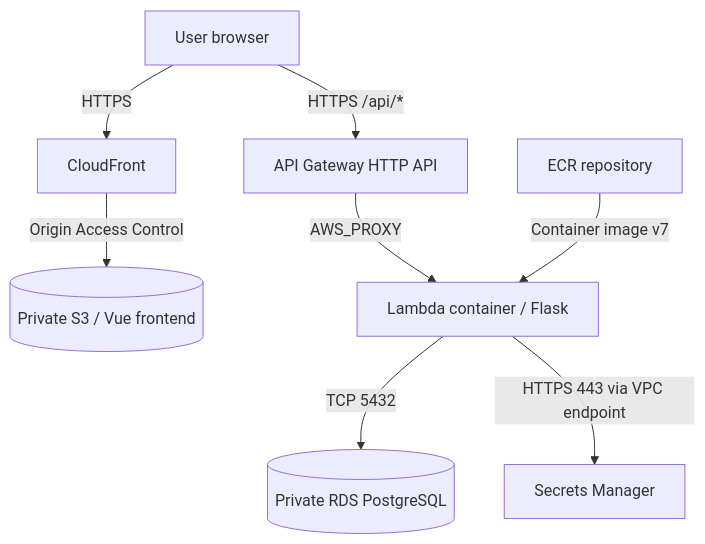
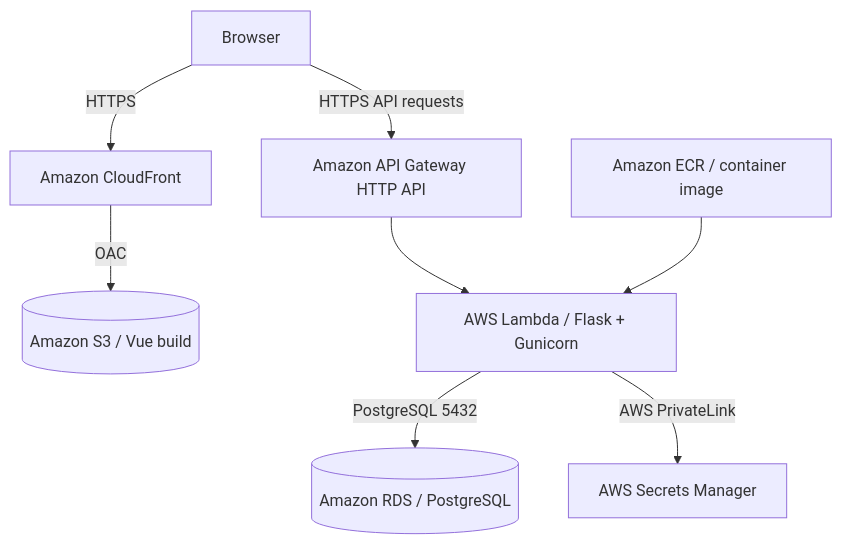
The diagram in terraform-eu-west-1/README.md (OmarElDeeb-exe/nase842-infra), drawn with Mermaid before and after one commit. The commit also changed other lines of this file, not shown here.

````diff
--- a/terraform-eu-west-1/README.md
+++ b/terraform-eu-west-1/README.md
@@ -26,10 +25,10 @@
 ```mermaid
 flowchart TD
-    Browser[User browser] -->|HTTPS| CF[CloudFront]
-    CF -->|Origin Access Control| S3[(Private S3 / Vue frontend)]
-    Browser -->|HTTPS /api/*| APIGW[API Gateway HTTP API]
-    APIGW -->|AWS_PROXY| Lambda[Lambda container / Flask]
-    Lambda -->|TCP 5432| RDS[(Private RDS PostgreSQL)]
-    Lambda -->|HTTPS 443 via VPC endpoint| SM[Secrets Manager]
-    ECR[ECR repository] -->|Container image v7| Lambda
+    Browser[Browser] -->|HTTPS| CloudFront[Amazon CloudFront]
+    CloudFront -->|OAC| S3[(Amazon S3 / Vue build)]
+    Browser -->|HTTPS API requests| API[Amazon API Gateway HTTP API]
+    API --> Lambda[AWS Lambda / Flask + Gunicorn]
+    Lambda -->|PostgreSQL 5432| RDS[(Amazon RDS / PostgreSQL)]
+    Lambda -->|AWS PrivateLink| Secrets[AWS Secrets Manager]
+    ECR[Amazon ECR / container image] --> Lambda
 ```
````
